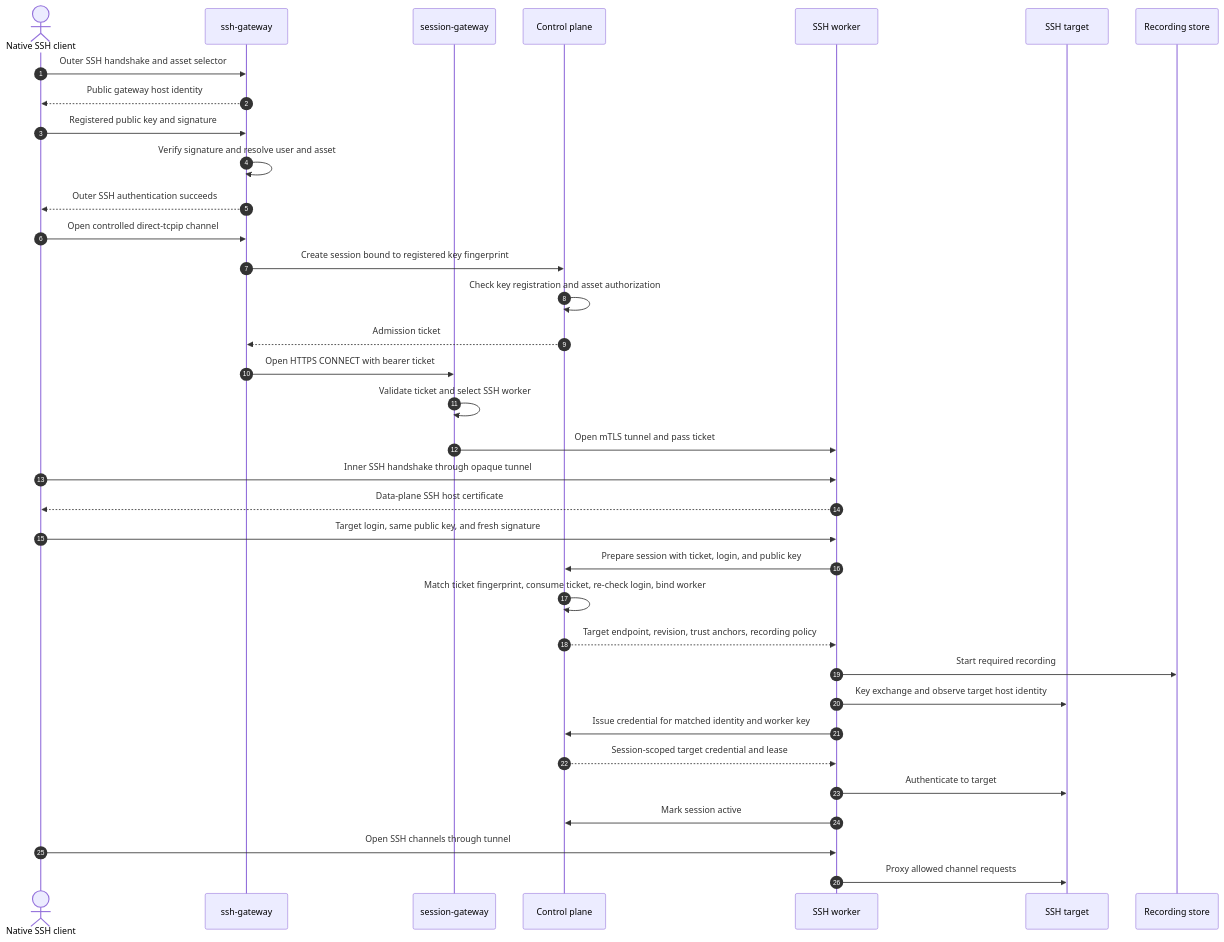
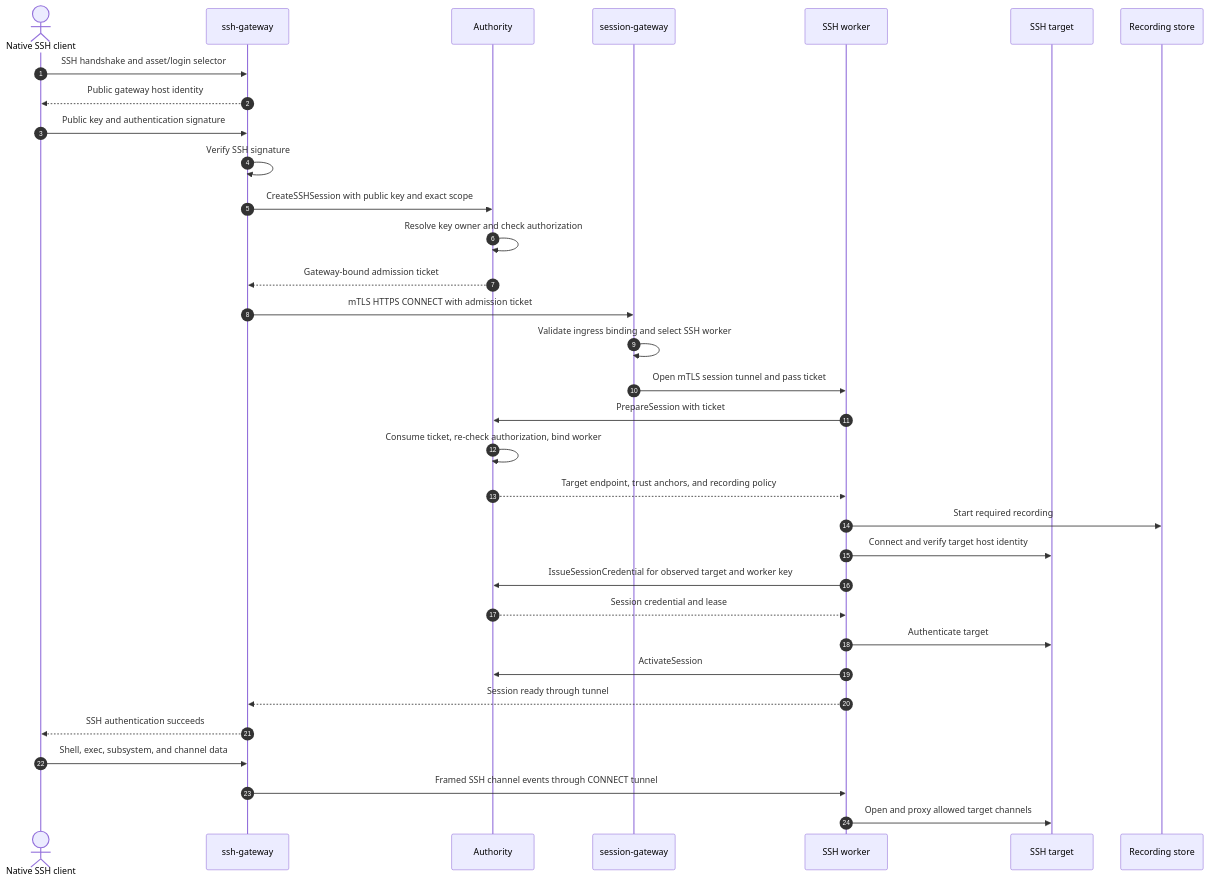
One commit to tidegate-dev/enhancements changed the fourth of 4 diagrams in teps/0005-gateway-sessions/README.md. Above: the diagram before and after it, drawn with Mermaid. The commit also changed other lines of this file, not shown here.

Commit message:
docs: simplify gateway session trust model

````diff
--- a/teps/0005-gateway-sessions/README.md
+++ b/teps/0005-gateway-sessions/README.md
@@ -277,38 +310,36 @@
 ```mermaid
 sequenceDiagram
     autonumber
     actor C as Native SSH client
     participant SG as ssh-gateway
+    participant A as Authority
     participant GW as session-gateway
-    participant CP as Control plane
     participant W as SSH worker
     participant T as SSH target
     participant R as Recording store
 
-    C->>SG: Outer SSH handshake and asset selector
+    C->>SG: SSH handshake and asset/login selector
     SG-->>C: Public gateway host identity
-    C->>SG: Registered public key and signature
-    SG->>SG: Verify signature and resolve user and asset
-    SG-->>C: Outer SSH authentication succeeds
-    C->>SG: Open controlled direct-tcpip channel
-    SG->>CP: Create session bound to registered key fingerprint
-    CP->>CP: Check key registration and asset authorization
-    CP-->>SG: Admission ticket
-    SG->>GW: Open HTTPS CONNECT with bearer ticket
-    GW->>GW: Validate ticket and select SSH worker
-    GW->>W: Open mTLS tunnel and pass ticket
-    C->>W: Inner SSH handshake through opaque tunnel
-    W-->>C: Data-plane SSH host certificate
-    C->>W: Target login, same public key, and fresh signature
-    W->>CP: Prepare session with ticket, login, and public key
-    CP->>CP: Match ticket fingerprint, consume ticket, re-check login, bind worker
-    CP-->>W: Target endpoint, revision, trust anchors, recording policy
+    C->>SG: Public key and authentication signature
+    SG->>SG: Verify SSH signature
+    SG->>A: CreateSSHSession with public key and exact scope
+    A->>A: Resolve key owner and check authorization
+    A-->>SG: Gateway-bound admission ticket
+    SG->>GW: mTLS HTTPS CONNECT with admission ticket
+    GW->>GW: Validate ingress binding and select SSH worker
+    GW->>W: Open mTLS session tunnel and pass ticket
+    W->>A: PrepareSession with ticket
+    A->>A: Consume ticket, re-check authorization, bind worker
+    A-->>W: Target endpoint, trust anchors, and recording policy
     W->>R: Start required recording
-    W->>T: Key exchange and observe target host identity
-    W->>CP: Issue credential for matched identity and worker key
-    CP-->>W: Session-scoped target credential and lease
-    W->>T: Authenticate to target
-    W->>CP: Mark session active
-    C->>W: Open SSH channels through tunnel
-    W->>T: Proxy allowed channel requests
+    W->>T: Connect and verify target host identity
+    W->>A: IssueSessionCredential for observed target and worker key
+    A-->>W: Session credential and lease
+    W->>T: Authenticate target
+    W->>A: ActivateSession
+    W-->>SG: Session ready through tunnel
+    SG-->>C: SSH authentication succeeds
+    C->>SG: Shell, exec, subsystem, and channel data
+    SG->>W: Framed SSH channel events through CONNECT tunnel
+    W->>T: Open and proxy allowed target channels
 ```
````
